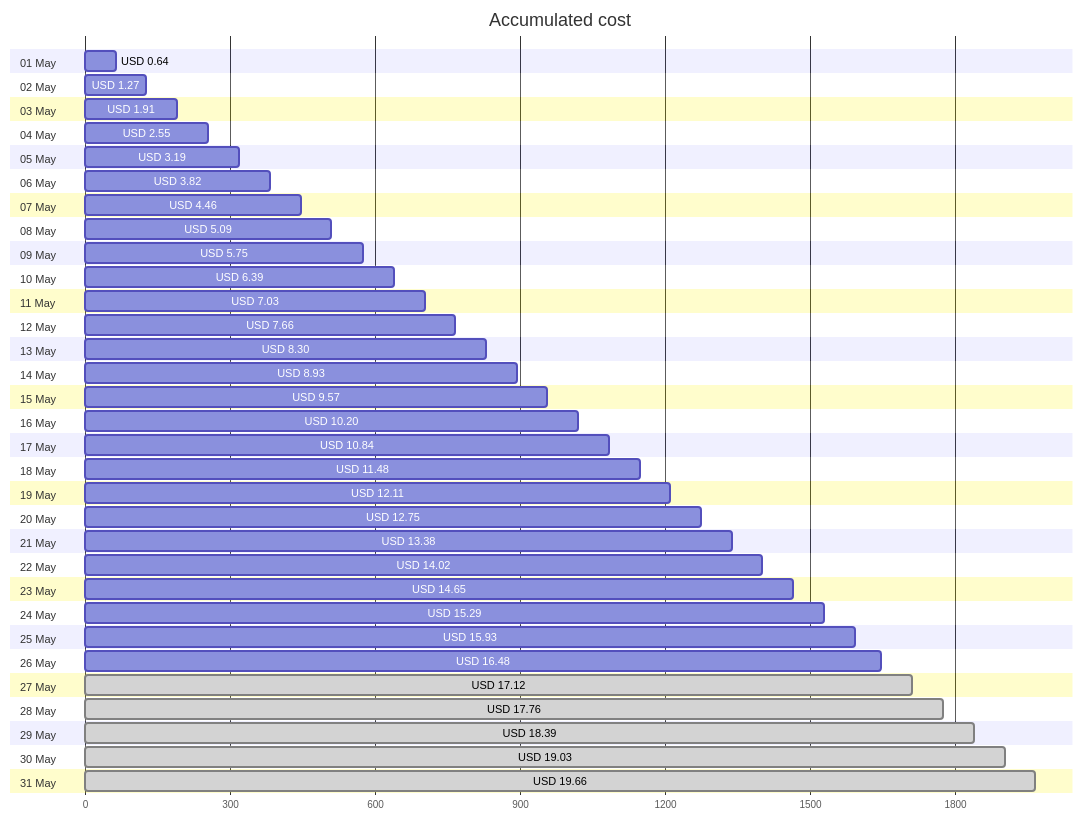
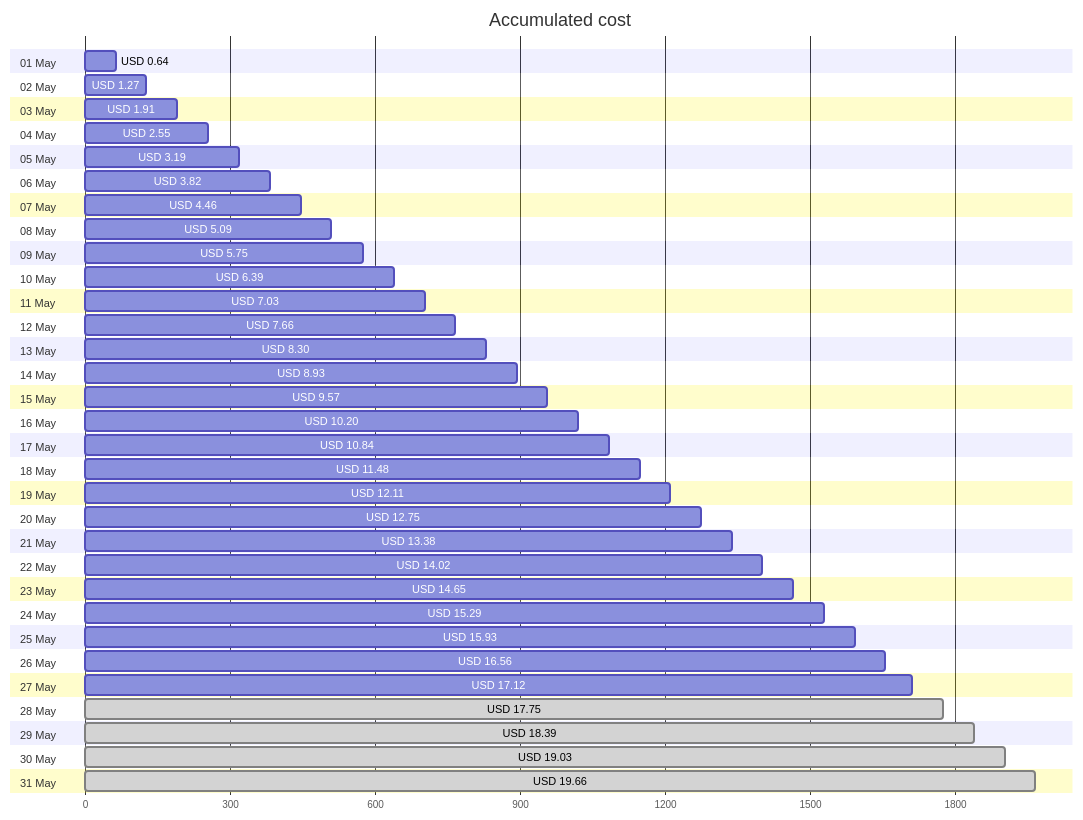
Before and after one commit to jpfulton/azure-personal-reports: the first of 4 diagrams in cost-reports/accumulated-cost.md, drawn with Mermaid. The commit also changed other lines of this file and 4 other files, not shown here.

````diff
--- a/cost-reports/accumulated-cost.md
+++ b/cost-reports/accumulated-cost.md
@@ -20,68 +20,68 @@
 ```mermaid
 gantt
    title Accumulated cost
    dateFormat  X
    axisFormat %s
    section 01 May
    USD 0.64 :0, 64
    section 02 May
    USD 1.27 :0, 127
    section 03 May
    USD 1.91 :0, 191
    section 04 May
    USD 2.55 :0, 255
    section 05 May
    USD 3.19 :0, 319
    section 06 May
    USD 3.82 :0, 382
    section 07 May
    USD 4.46 :0, 446
    section 08 May
    USD 5.09 :0, 509
    section 09 May
    USD 5.75 :0, 575
    section 10 May
    USD 6.39 :0, 639
    section 11 May
    USD 7.03 :0, 703
    section 12 May
    USD 7.66 :0, 766
    section 13 May
    USD 8.30 :0, 830
    section 14 May
    USD 8.93 :0, 893
    section 15 May
    USD 9.57 :0, 957
    section 16 May
    USD 10.20 :0, 1020
    section 17 May
    USD 10.84 :0, 1084
    section 18 May
    USD 11.48 :0, 1148
    section 19 May
    USD 12.11 :0, 1211
    section 20 May
    USD 12.75 :0, 1275
    section 21 May
    USD 13.38 :0, 1338
    section 22 May
    USD 14.02 :0, 1402
    section 23 May
    USD 14.65 :0, 1465
    section 24 May
    USD 15.29 :0, 1529
    section 25 May
    USD 15.93 :0, 1593
    section 26 May
-   USD 16.48 :0, 1648
+   USD 16.56 :0, 1656
    section 27 May
-   USD 17.12 : done, 0, 1712
+   USD 17.12 :0, 1712
    section 28 May
-   USD 17.76 : done, 0, 1776
+   USD 17.75 : done, 0, 1775
    section 29 May
    USD 18.39 : done, 0, 1839
    section 30 May
    USD 19.03 : done, 0, 1903
    section 31 May
    USD 19.66 : done, 0, 1966
 ```
````
